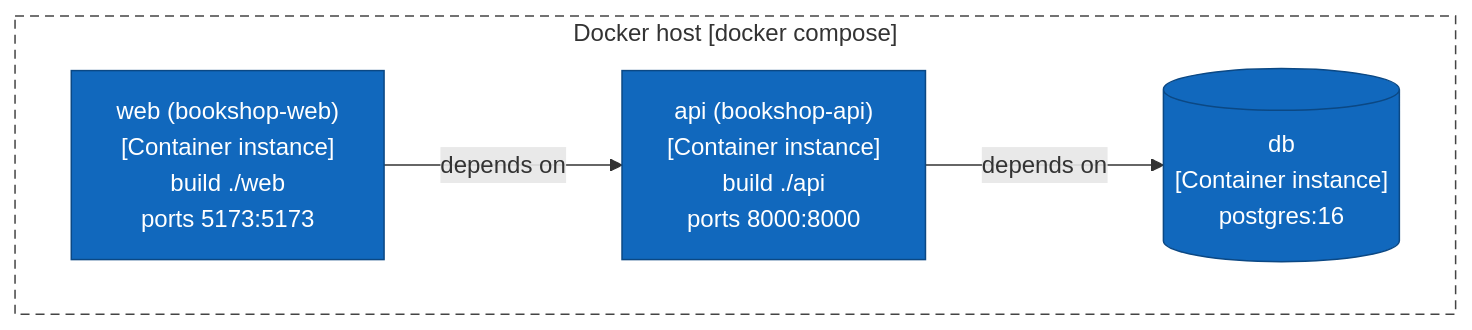
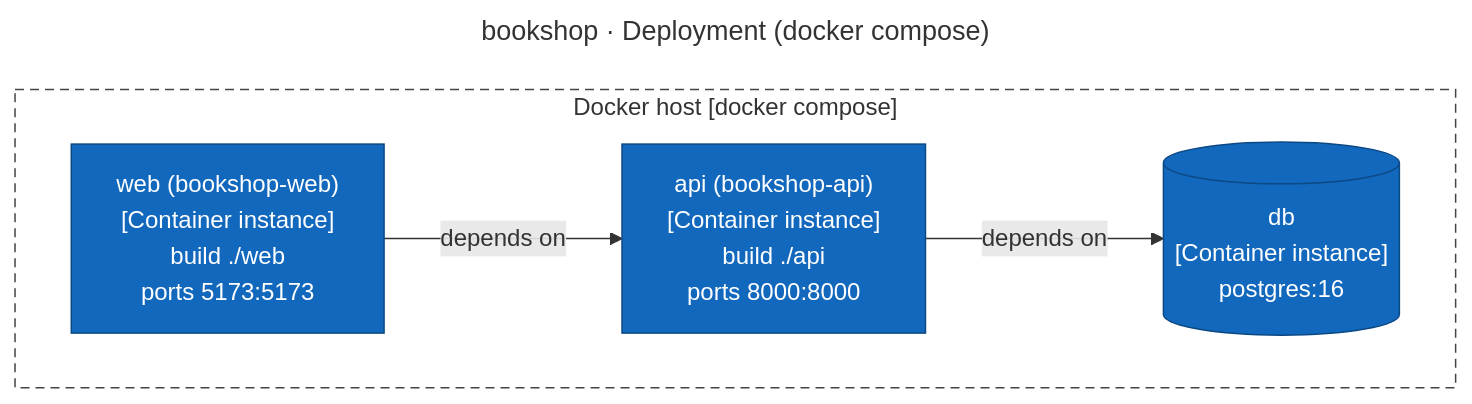
One commit to ythalorossy/architecture-skills changed the fourth of 5 diagrams in tests/golden/bookshop/output/ArchitectureReport.md. Above: the diagram before and after it, drawn with Mermaid. The commit also changed other lines of this file and 56 other files, not shown here.

First line of the commit message:
feat(c4): title every diagram and add one Key to the report

````diff
--- a/tests/golden/bookshop/output/ArchitectureReport.md
+++ b/tests/golden/bookshop/output/ArchitectureReport.md
@@ -127,18 +149,21 @@
 ```mermaid
+---
+title: "bookshop · Deployment (docker compose)"
+---
 flowchart TB
     subgraph host["Docker host [docker compose]"]
         svc_db[("db<br/>[Container instance]<br/>postgres:16")]
         svc_api["api (bookshop-api)<br/>[Container instance]<br/>build ./api<br/>ports 8000:8000"]
         svc_web["web (bookshop-web)<br/>[Container instance]<br/>build ./web<br/>ports 5173:5173"]
     end
     svc_api -->|"depends on"| svc_db
     svc_web -->|"depends on"| svc_api
     classDef person fill:#08427b,stroke:#052e56,color:#ffffff
     classDef container fill:#1168bd,stroke:#0b4884,color:#ffffff
     classDef system fill:#1168bd,stroke:#0b4884,color:#ffffff
     classDef component fill:#85bbf0,stroke:#5d82a8,color:#000000
     classDef external fill:#999999,stroke:#6b6b6b,color:#ffffff
     classDef shared fill:#dbe9f6,stroke:#5d82a8,color:#000000,stroke-dasharray:4 3
     class svc_db,svc_api,svc_web container
     style host fill:none,stroke:#444444,stroke-dasharray:6 4
 ```
````
